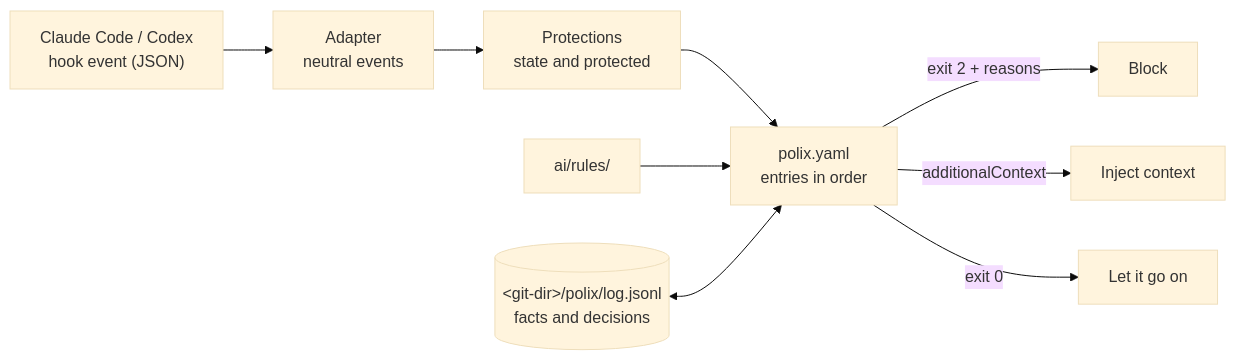
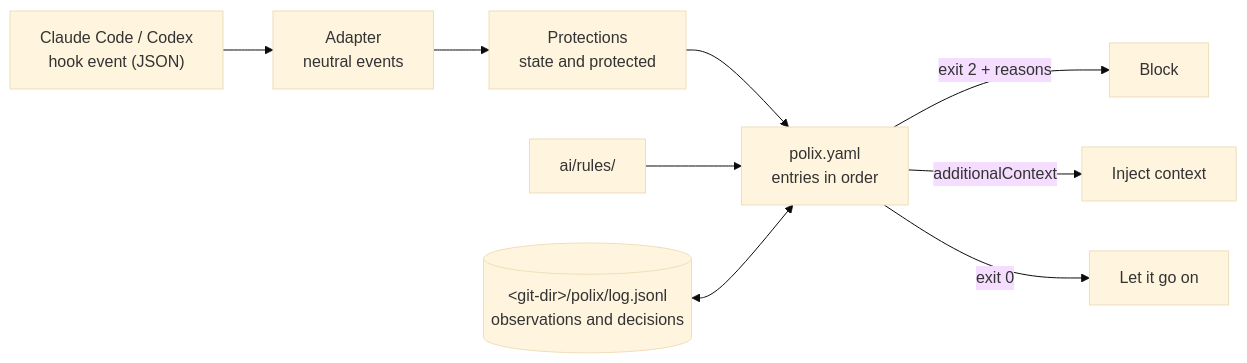
The diagram in README.md (mlophez/polix-ai), drawn with Mermaid (base theme) before and after one commit. The commit also changed other lines of this file and 57 other files, not shown here.

````diff
--- a/README.md
+++ b/README.md
@@ -205,11 +203,11 @@
 ```mermaid
 flowchart LR
   A["Claude Code / Codex<br/>hook event (JSON)"] --> B["Adapter<br/>neutral events"]
   B --> C["Protections<br/>state and protected"]
   C --> D["polix.yaml<br/>entries in order"]
   R["ai/rules/"] --> D
-  S[("&lt;git-dir&gt;/polix/log.jsonl<br/>facts and decisions")] <--> D
+  S[("&lt;git-dir&gt;/polix/log.jsonl<br/>observations and decisions")] <--> D
   D -->|exit 2 + reasons| X["Block"]
   D -->|additionalContext| Y["Inject context"]
   D -->|exit 0| Z["Let it go on"]
 ```
````
